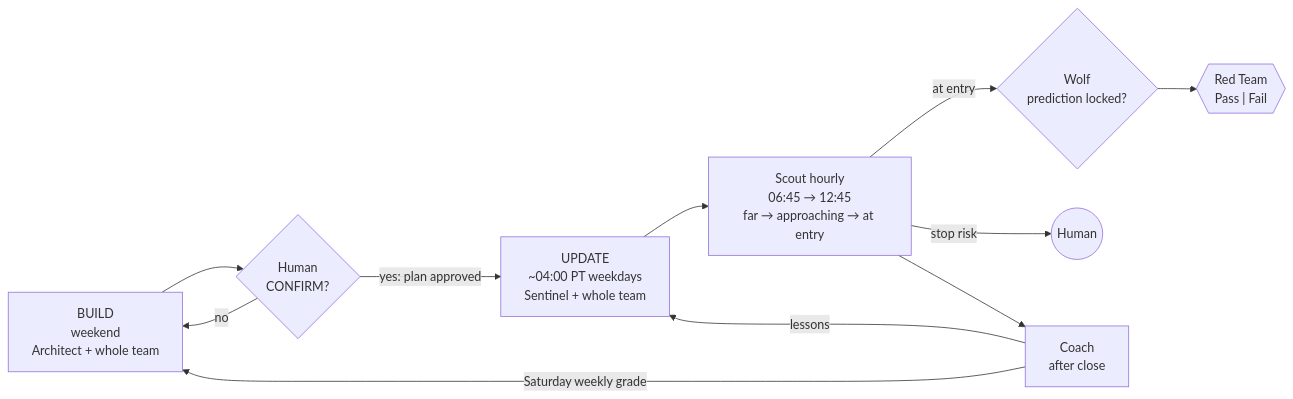
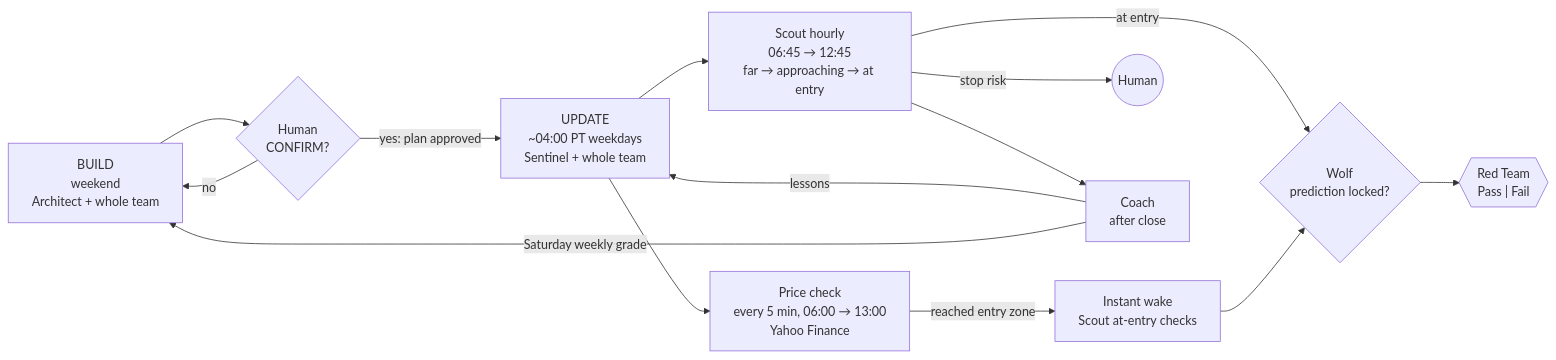
Before and after one commit to imranchatur-cpu/TradeOps-Public: the third of 8 diagrams in docs/ARCHITECTURE.md, drawn with Mermaid. The commit also changed other lines of this file and 9 other files, not shown here.

First line of the commit message:
Sync public pack with private: Scout instant wake, Yahoo Finance, Floor mirror

````diff
--- a/docs/ARCHITECTURE.md
+++ b/docs/ARCHITECTURE.md
@@ -110,13 +123,16 @@
 ```mermaid
 flowchart LR
     B["BUILD<br/>weekend<br/>Architect + whole team"] --> G{"Human<br/>CONFIRM?"}
     G -->|"no"| B
     G -->|"yes: plan approved"| U["UPDATE<br/>~04:00 PT weekdays<br/>Sentinel + whole team"]
     U --> S2["Scout hourly<br/>06:45 → 12:45<br/>far → approaching → at entry"]
     S2 -->|"at entry"| W{"Wolf<br/>prediction locked?"}
+    U --> PX["Price check<br/>every 5 min, 06:00 → 13:00<br/>Yahoo Finance"]
+    PX -->|"reached entry zone"| WK["Instant wake<br/>Scout at-entry checks"]
+    WK --> W
     W --> RT{{"Red Team<br/>Pass | Fail"}}
     S2 -->|"stop risk"| H(("Human"))
     S2 --> C["Coach<br/>after close"]
     C -->|"lessons"| U
     C -->|"Saturday weekly grade"| B
 ```
````
